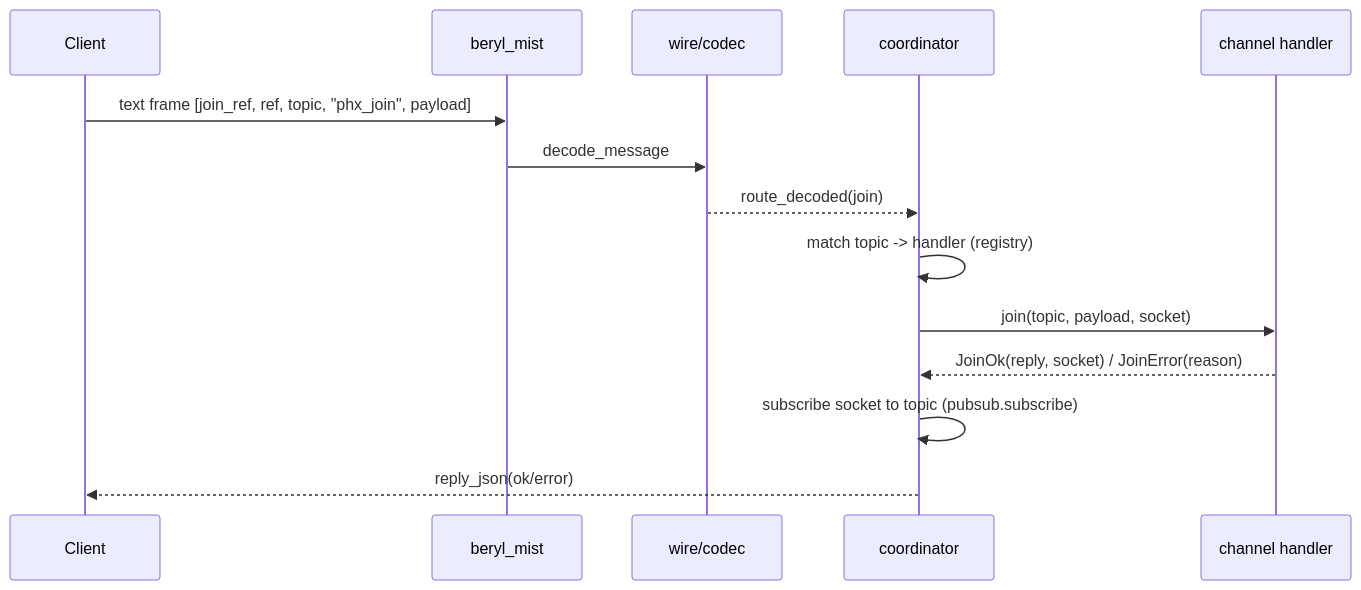
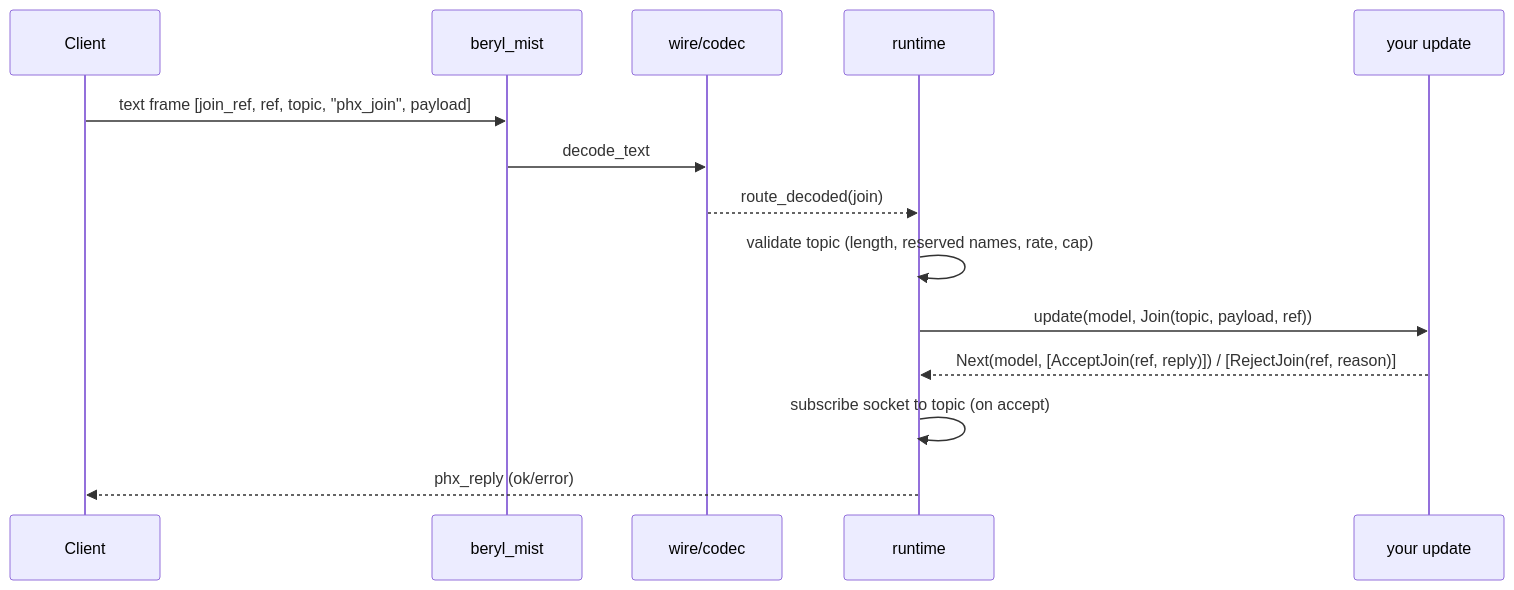
Before and after one commit to tylerbutler/beryl: the second of 6 diagrams in website/src/content/docs/architecture/message-lifecycle.md, drawn with Mermaid. The commit also changed other lines of this file and 21 other files, not shown here.

````diff
--- a/website/src/content/docs/architecture/message-lifecycle.md
+++ b/website/src/content/docs/architecture/message-lifecycle.md
@@ -26,16 +28,16 @@
 ```mermaid
 sequenceDiagram
   participant Client
   participant Mist as beryl_mist
   participant Wire as wire/codec
-  participant Coord as coordinator
-  participant Ch as channel handler
+  participant RT as runtime
+  participant App as your update
   Client->>Mist: text frame [join_ref, ref, topic, "phx_join", payload]
-  Mist->>Wire: decode_message
-  Wire-->>Coord: route_decoded(join)
-  Coord->>Coord: match topic -> handler (registry)
-  Coord->>Ch: join(topic, payload, socket)
-  Ch-->>Coord: JoinOk(reply, socket) / JoinError(reason)
-  Coord->>Coord: subscribe socket to topic (pubsub.subscribe)
-  Coord-->>Client: reply_json(ok/error)
+  Mist->>Wire: decode_text
+  Wire-->>RT: route_decoded(join)
+  RT->>RT: validate topic (length, reserved names, rate, cap)
+  RT->>App: update(model, Join(topic, payload, ref))
+  App-->>RT: Next(model, [AcceptJoin(ref, reply)]) / [RejectJoin(ref, reason)]
+  RT->>RT: subscribe socket to topic (on accept)
+  RT-->>Client: phx_reply (ok/error)
 ```
````
